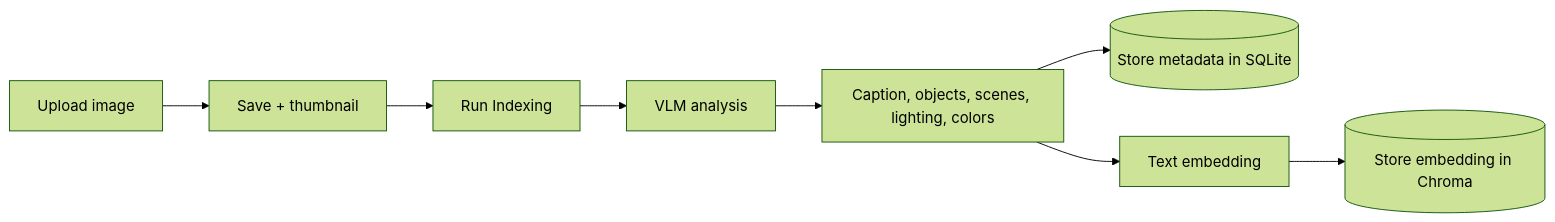
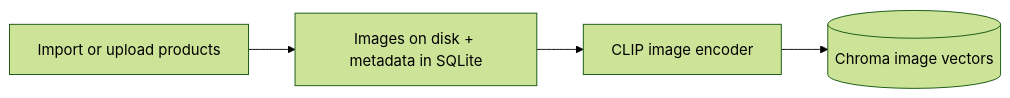
The first of 2 diagrams in README.md (wyjxx/vision-index), drawn with Mermaid (forest theme) before and after one commit. The commit also changed other lines of this file and 38 other files, not shown here.

````diff
--- a/README.md
+++ b/README.md
@@ -39,10 +29,6 @@
 ```mermaid
 flowchart LR
-    A[Upload image] --> B[Save + thumbnail]
-    B --> C[Run Indexing]
-    C --> D[VLM analysis]
-    D --> E[Caption, objects, scenes, lighting, colors]
-    E --> F[(Store metadata in SQLite)]
-    E --> G[Text embedding]
-    G --> H[(Store embedding in Chroma)]
+    A[Import or upload products] --> B[Images on disk + metadata in SQLite]
+    B --> C[CLIP image encoder]
+    C --> D[(Chroma image vectors)]
 ```
````
